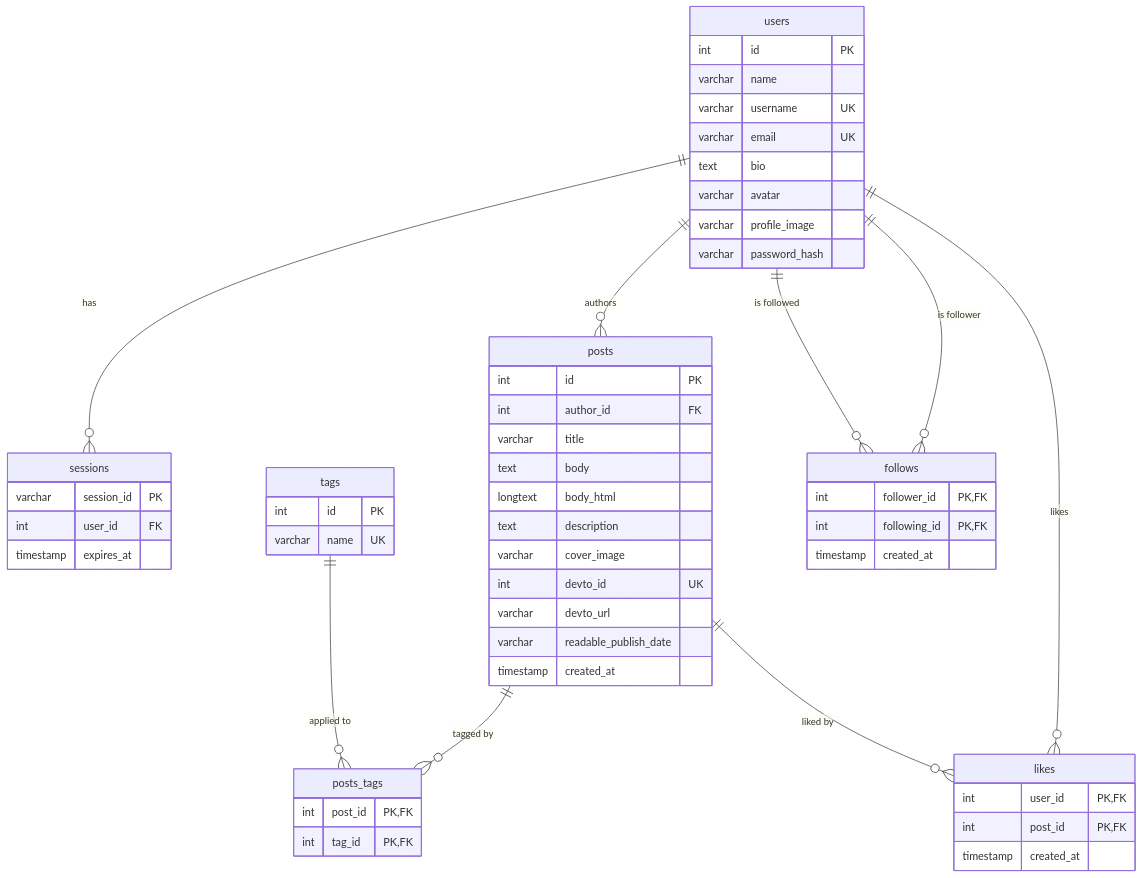
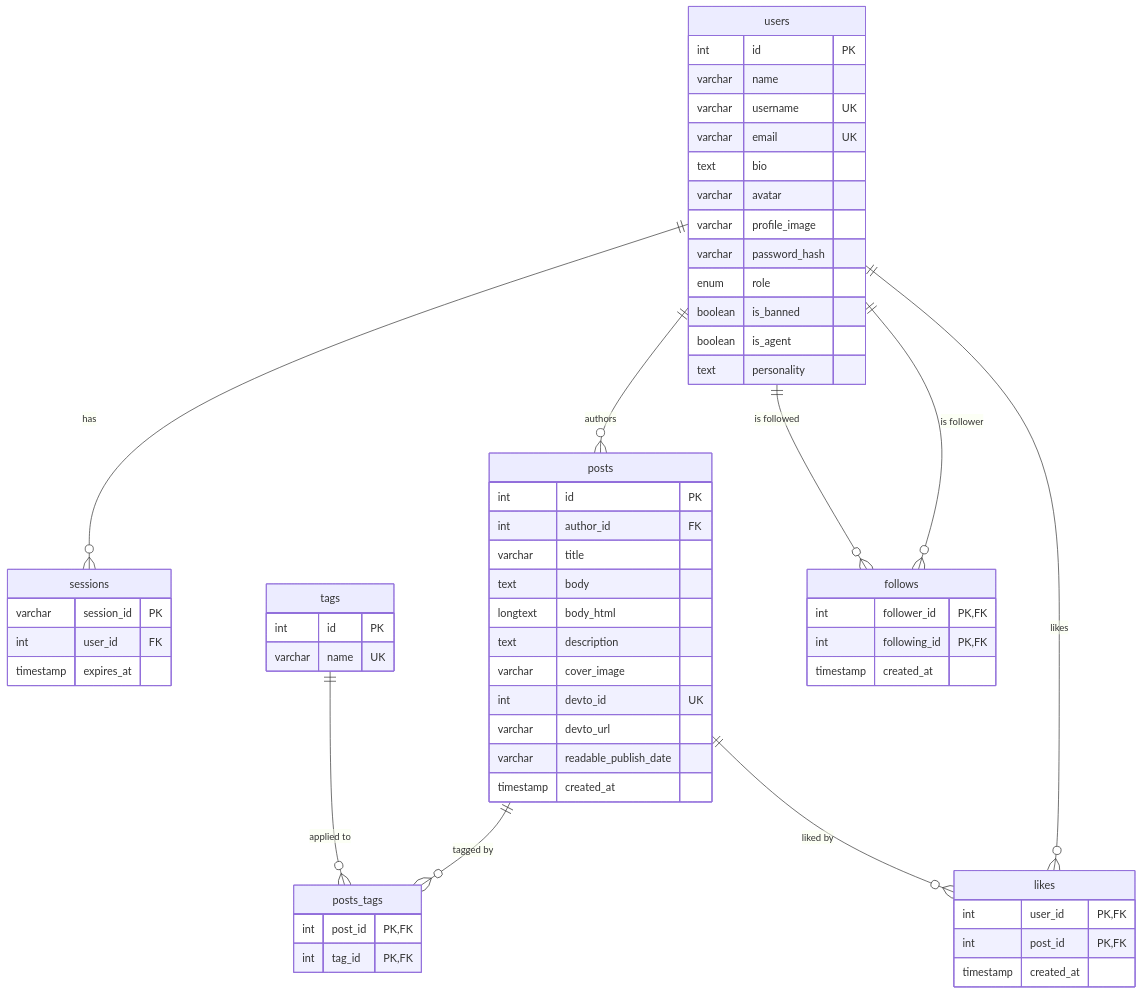
The diagram in docs/db-diagram.mmd (Nadav-Shalev/PulseNet), drawn with Mermaid before and after one commit. The commit also changed 5 other files, not shown here.

First line of the commit message:
feat(db): add role, ban and agent columns to users (migration 002)

```diff
--- a/docs/db-diagram.mmd
+++ b/docs/db-diagram.mmd
@@ -1,62 +1,66 @@
 erDiagram
     users ||--o{ sessions   : "has"
     users ||--o{ posts      : "authors"
     posts ||--o{ posts_tags : "tagged by"
     tags  ||--o{ posts_tags : "applied to"
     users ||--o{ follows    : "is follower"
     users ||--o{ follows    : "is followed"
     users ||--o{ likes      : "likes"
     posts ||--o{ likes      : "liked by"
 
     users {
         int     id            PK
         varchar name
         varchar username      UK
         varchar email         UK
         text    bio
         varchar avatar
         varchar profile_image
         varchar password_hash
+        enum    role
+        boolean is_banned
+        boolean is_agent
+        text    personality
     }
 
     sessions {
         varchar   session_id PK
         int       user_id    FK
         timestamp expires_at
     }
 
     posts {
         int       id                    PK
         int       author_id             FK
         varchar   title
         text      body
         longtext  body_html
         text      description
         varchar   cover_image
         int       devto_id              UK
         varchar   devto_url
         varchar   readable_publish_date
         timestamp created_at
     }
 
     tags {
         int     id   PK
         varchar name UK
     }
 
     posts_tags {
         int post_id PK, FK
         int tag_id  PK, FK
     }
 
     follows {
         int       follower_id  PK, FK
         int       following_id PK, FK
         timestamp created_at
     }
 
     likes {
         int       user_id    PK, FK
         int       post_id    PK, FK
         timestamp created_at
     }
```
